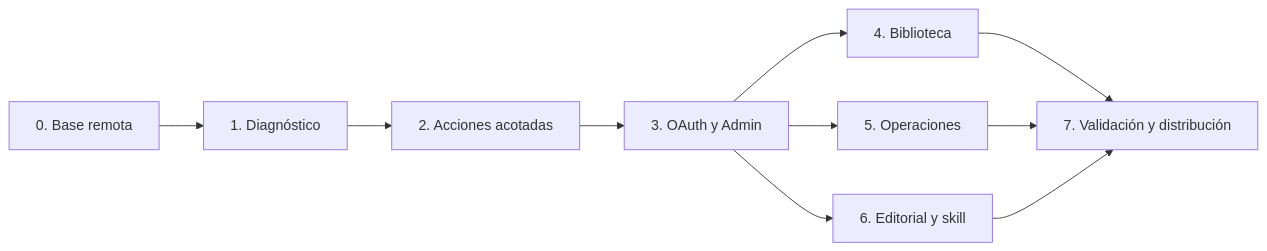
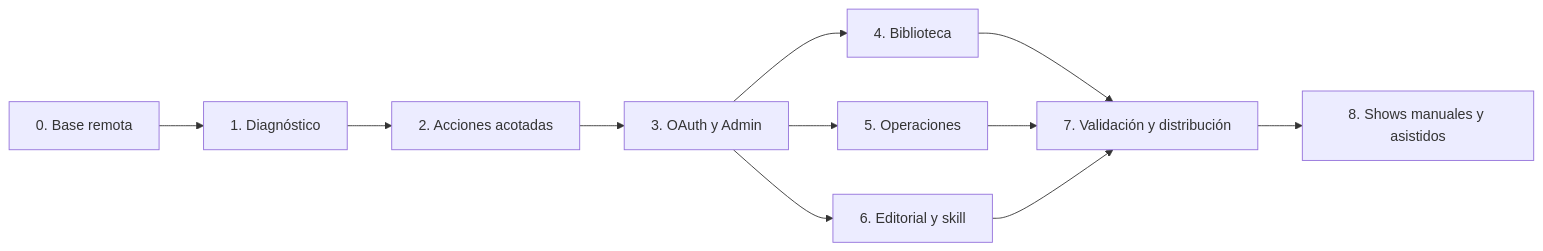
The diagram in docs/plans/2026-10-15-crate-mcp-feature-plan.md (thecrateapp/crate), drawn with Mermaid before and after one commit. The commit also changed other lines of this file and 118 other files, not shown here.

````diff
--- a/docs/plans/2026-10-15-crate-mcp-feature-plan.md
+++ b/docs/plans/2026-10-15-crate-mcp-feature-plan.md
@@ -50,12 +53,13 @@
 ```mermaid
 flowchart LR
   A[0. Base remota] --> B[1. Diagnóstico]
   B --> C[2. Acciones acotadas]
   C --> D[3. OAuth y Admin]
   D --> E[4. Biblioteca]
   D --> F[5. Operaciones]
   D --> G[6. Editorial y skill]
   E --> H[7. Validación y distribución]
   F --> H
   G --> H
+  H --> I[8. Shows manuales y asistidos]
 ```
````
